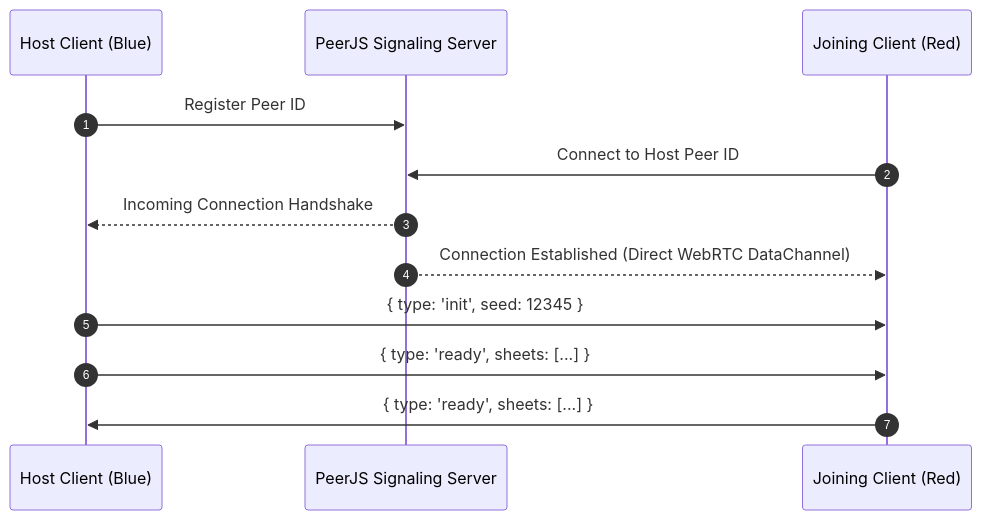
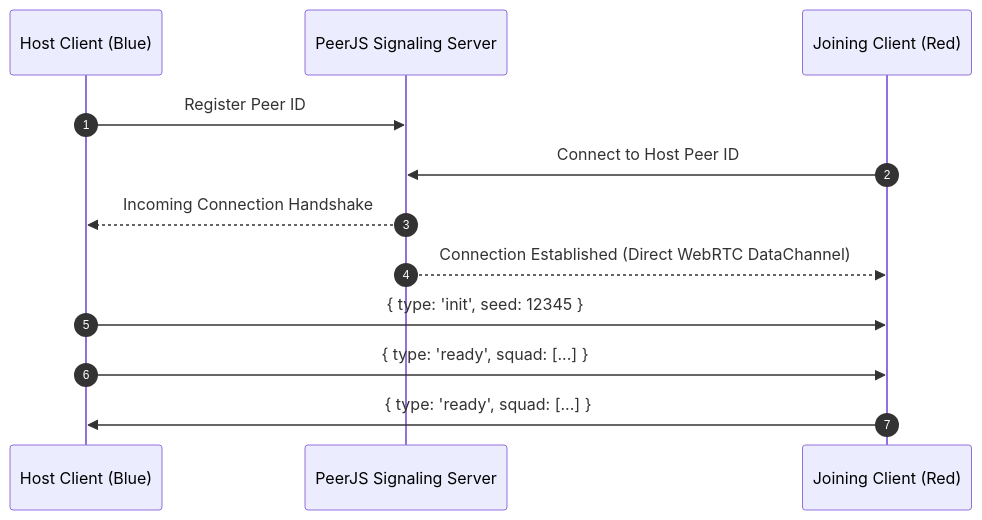
The diagram in docs/architecture/networking.md (lordvlad/tictac), drawn with Mermaid before and after one commit. The commit also changed other lines of this file and 35 other files, not shown here.

````diff
--- a/docs/architecture/networking.md
+++ b/docs/architecture/networking.md
@@ -25,15 +28,15 @@
 ```mermaid
 sequenceDiagram
     autonumber
     participant Host as Host Client (Blue)
     participant PeerJS as PeerJS Signaling Server
     participant Join as Joining Client (Red)
 
     Host->>PeerJS: Register Peer ID
     Join->>PeerJS: Connect to Host Peer ID
     PeerJS-->>Host: Incoming Connection Handshake
     PeerJS-->>Join: Connection Established (Direct WebRTC DataChannel)
     Host->>Join: { type: 'init', seed: 12345 }
-    Host->>Join: { type: 'ready', sheets: [...] }
-    Join->>Host: { type: 'ready', sheets: [...] }
+    Host->>Join: { type: 'ready', squad: [...] }
+    Join->>Host: { type: 'ready', squad: [...] }
 ```
````
